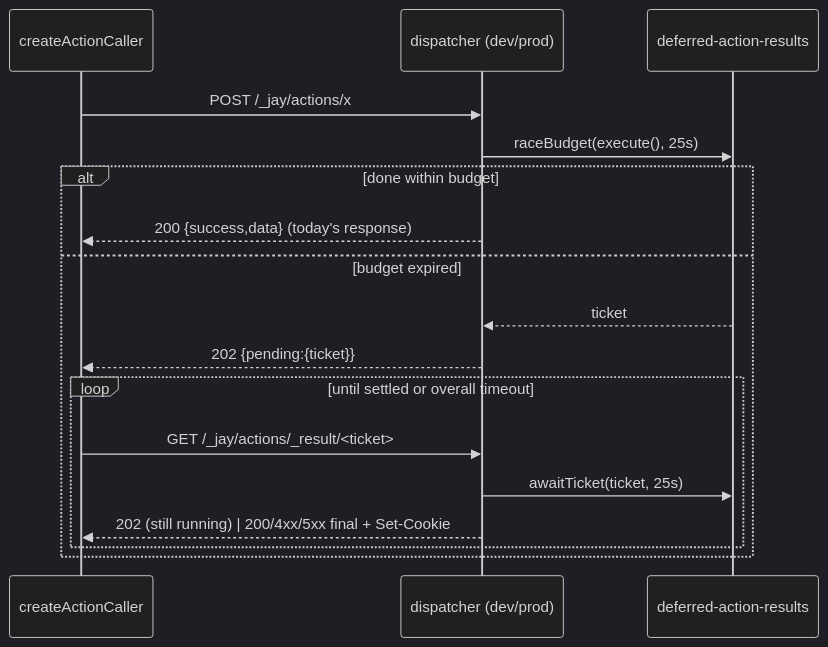
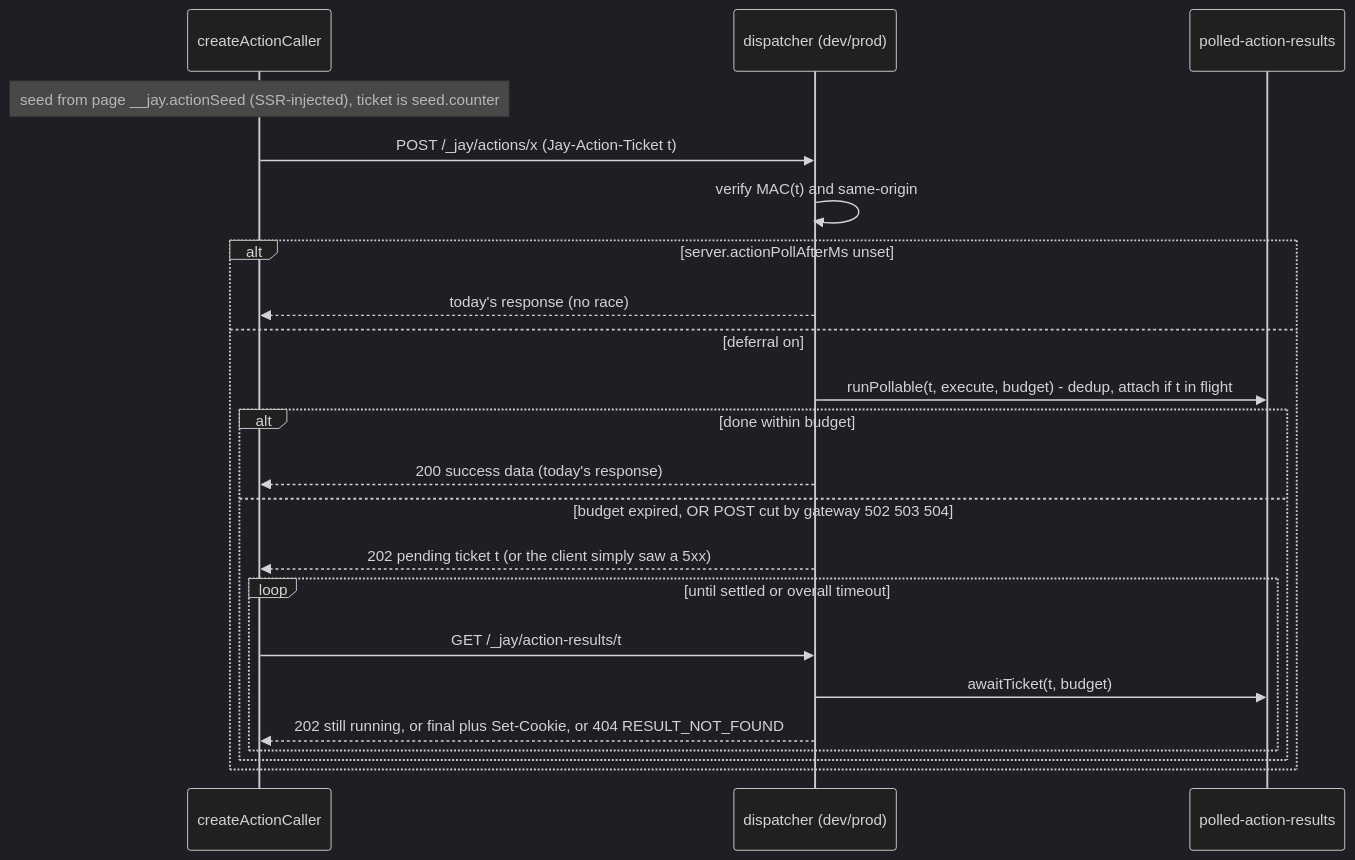
The first of 2 diagrams in design-log/239 - deferred action results for gateway timeouts.md (jay-framework/jay), drawn with Mermaid (dark theme) before and after one commit. The commit also changed other lines of this file and 36 other files, not shown here.

````diff
--- a/design-log/239 - deferred action results for gateway timeouts.md
+++ b/design-log/239 - deferred action results for gateway timeouts.md
@@ -61,19 +81,24 @@
 ```mermaid
 sequenceDiagram
   participant C as createActionCaller
   participant D as dispatcher (dev/prod)
-  participant S as deferred-action-results
-  C->>D: POST /_jay/actions/x
-  D->>S: raceBudget(execute(), 25s)
-  alt done within budget
-    D-->>C: 200 {success,data}  (today's response)
-  else budget expired
-    S-->>D: ticket
-    D-->>C: 202 {pending:{ticket}}
-    loop until settled or overall timeout
-      C->>D: GET /_jay/actions/_result/<ticket>
-      D->>S: awaitTicket(ticket, 25s)
-      D-->>C: 202 (still running) | 200/4xx/5xx final + Set-Cookie
+  participant S as polled-action-results
+  Note over C: seed from page __jay.actionSeed (SSR-injected), ticket is seed.counter
+  C->>D: POST /_jay/actions/x (Jay-Action-Ticket t)
+  D->>D: verify MAC(t) and same-origin
+  alt server.actionPollAfterMs unset
+    D-->>C: today's response (no race)
+  else deferral on
+    D->>S: runPollable(t, execute, budget) - dedup, attach if t in flight
+    alt done within budget
+      D-->>C: 200 success data (today's response)
+    else budget expired, OR POST cut by gateway 502 503 504
+      D-->>C: 202 pending ticket t (or the client simply saw a 5xx)
+      loop until settled or overall timeout
+        C->>D: GET /_jay/action-results/t
+        D->>S: awaitTicket(t, budget)
+        D-->>C: 202 still running, or final plus Set-Cookie, or 404 RESULT_NOT_FOUND
+      end
     end
   end
 ```
````
